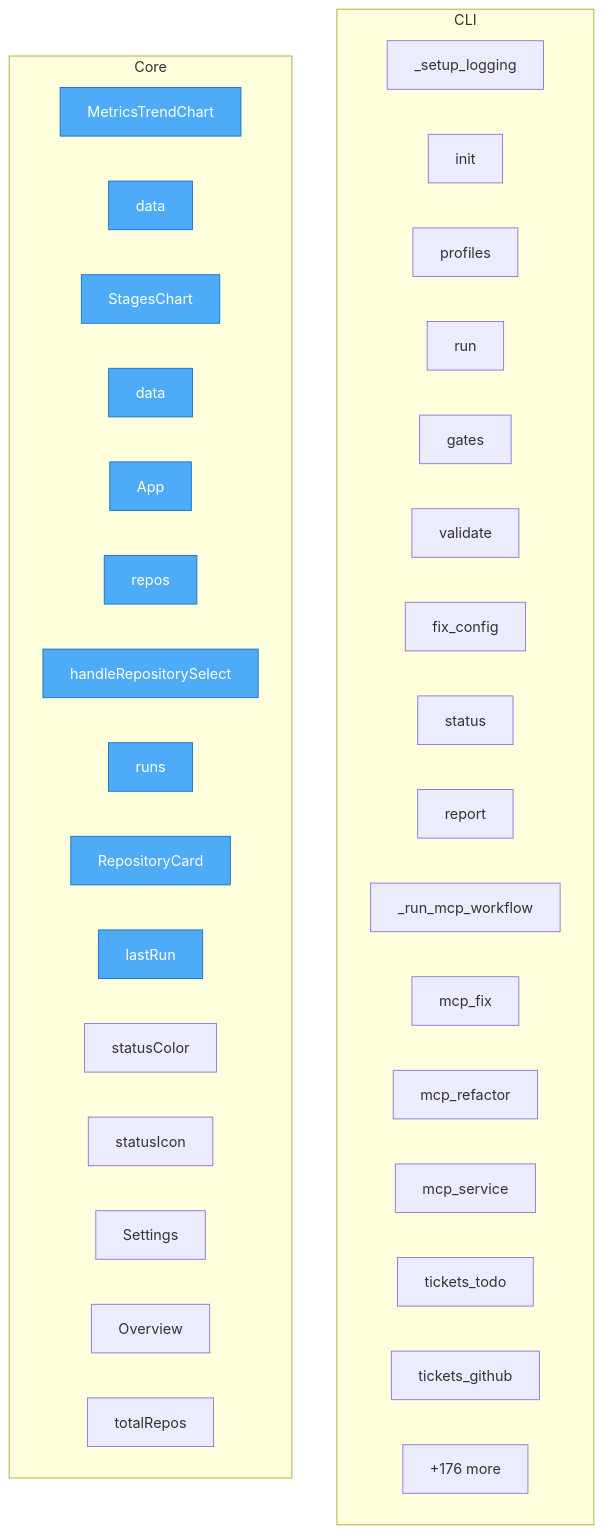
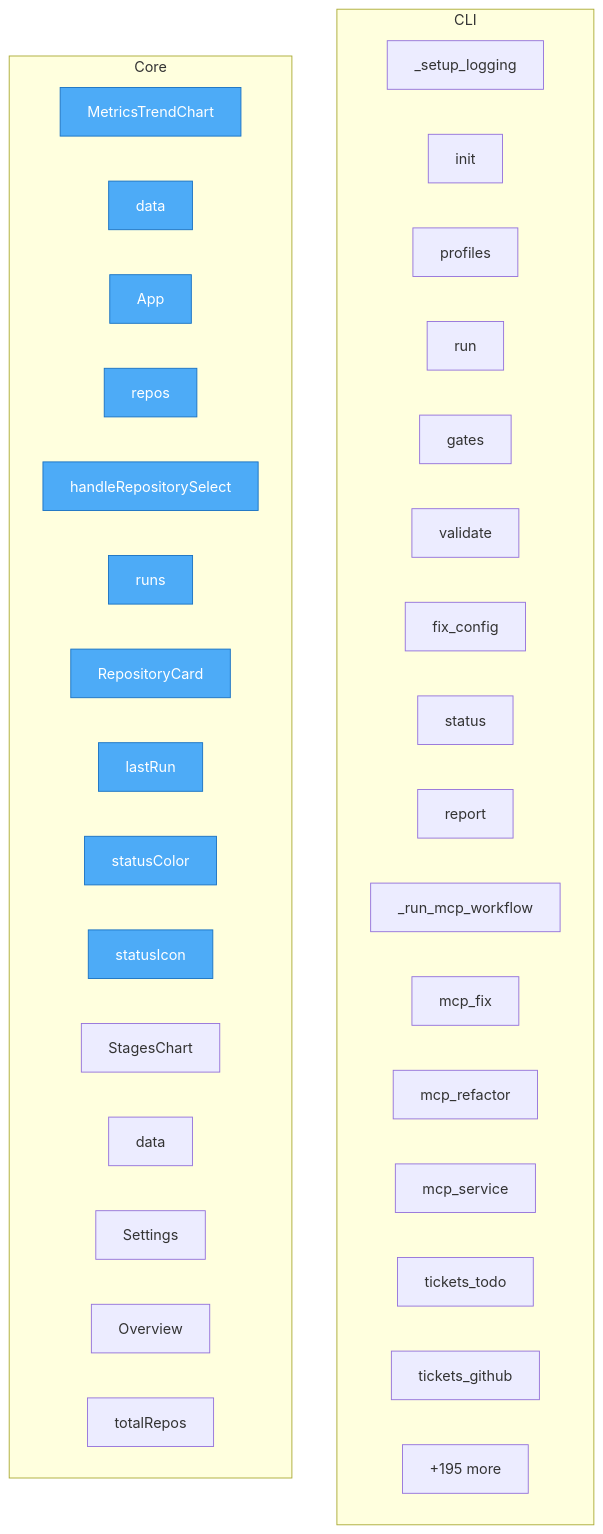
The diagram in project/flow.mmd (semcod/pyqual), drawn with Mermaid before and after one commit. The commit also changed 41 other files, not shown here.

```diff
--- a/project/flow.mmd
+++ b/project/flow.mmd
@@ -1,44 +1,44 @@
 flowchart TD
 
     %% Entry points (blue)
     classDef entry fill:#4dabf7,stroke:#1971c2,color:#fff
 
     subgraph CLI
         pyqual__cli___setup_logging["_setup_logging"]
         pyqual__cli__init["init"]
         pyqual__cli__profiles["profiles"]
         pyqual__cli__run["run"]
         pyqual__cli__gates["gates"]
         pyqual__cli__validate["validate"]
         pyqual__cli__fix_config["fix_config"]
         pyqual__cli__status["status"]
         pyqual__cli__report["report"]
         pyqual__cli___run_mcp_workflow["_run_mcp_workflow"]
         pyqual__cli__mcp_fix["mcp_fix"]
         pyqual__cli__mcp_refactor["mcp_refactor"]
         pyqual__cli__mcp_service["mcp_service"]
         pyqual__cli__tickets_todo["tickets_todo"]
         pyqual__cli__tickets_github["tickets_github"]
         ...["+33 more"]
     end
 
     subgraph Core
         dashboard__src__components__MetricsTrendChart__MetricsTrendChart["MetricsTrendChart"]
         dashboard__src__components__MetricsTrendChart__data["data"]
-        dashboard__src__components__StagesChart__StagesChart["StagesChart"]
-        dashboard__src__components__StagesChart__data["data"]
         dashboard__src__App__App["App"]
         dashboard__src__App__repos["repos"]
         dashboard__src__App__handleRepositorySelect["handleRepositorySelect"]
         dashboard__src__App__runs["runs"]
         dashboard__src__App__RepositoryCard["RepositoryCard"]
         dashboard__src__App__lastRun["lastRun"]
         dashboard__src__App__statusColor["statusColor"]
         dashboard__src__App__statusIcon["statusIcon"]
+        dashboard__src__components__StagesChart__StagesChart["StagesChart"]
+        dashboard__src__components__StagesChart__data["data"]
         dashboard__src__components__Settings__Settings["Settings"]
         dashboard__src__components__Overview__Overview["Overview"]
         dashboard__src__components__Overview__totalRepos["totalRepos"]
-        ...["+176 more"]
+        ...["+195 more"]
     end
 
-    class dashboard__src__components__MetricsTrendChart__MetricsTrendChart,dashboard__src__components__MetricsTrendChart__data,dashboard__src__components__StagesChart__StagesChart,dashboard__src__components__StagesChart__data,dashboard__src__App__App,dashboard__src__App__repos,dashboard__src__App__handleRepositorySelect,dashboard__src__App__runs,dashboard__src__App__RepositoryCard,dashboard__src__App__lastRun entry
+    class dashboard__src__components__MetricsTrendChart__MetricsTrendChart,dashboard__src__components__MetricsTrendChart__data,dashboard__src__App__App,dashboard__src__App__repos,dashboard__src__App__handleRepositorySelect,dashboard__src__App__runs,dashboard__src__App__RepositoryCard,dashboard__src__App__lastRun,dashboard__src__App__statusColor,dashboard__src__App__statusIcon entry
```
